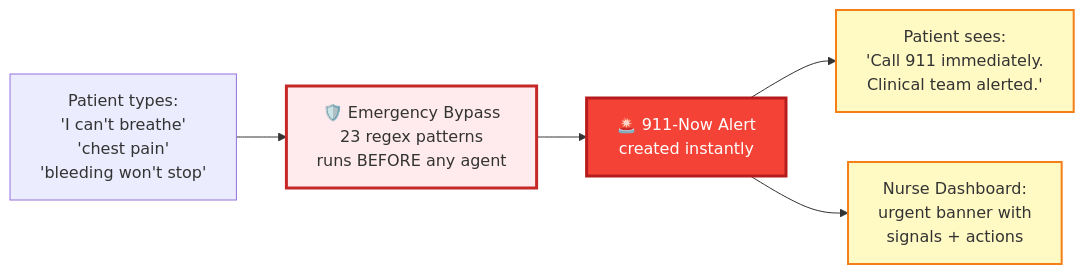
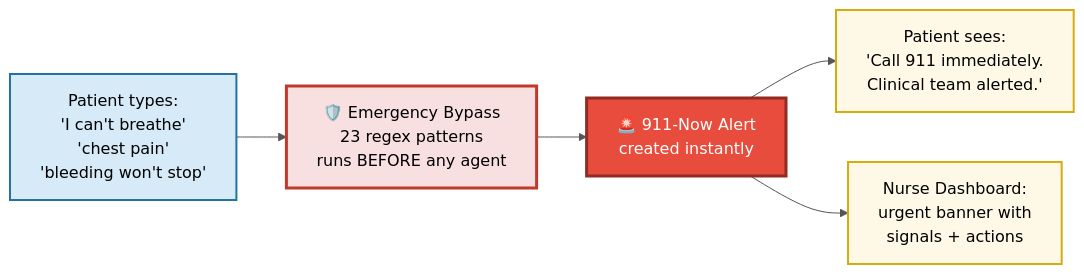
The fourth of 5 diagrams in ROADMAP_PRD.md (ankitasinha015/post-op-triage), drawn with Mermaid before and after one commit. The commit also changed other lines of this file, not shown here.

First line of the commit message:
fix: make all Mermaid diagrams readable on dark backgrounds

````diff
--- a/ROADMAP_PRD.md
+++ b/ROADMAP_PRD.md
@@ -248,17 +294,19 @@
 ```mermaid
+%%{init: {'theme': 'base', 'themeVariables': {'primaryTextColor': '#000000', 'lineColor': '#555555', 'background': '#ffffff', 'mainBkg': '#ffffff', 'edgeLabelBackground': '#ffffff'}}}%%
 flowchart LR
     A["Patient types:\n'I can't breathe'\n'chest pain'\n'bleeding won't stop'"]
     B["🛡️ Emergency Bypass\n23 regex patterns\nruns BEFORE any agent"]
     C["🚨 911-Now Alert\ncreated instantly"]
     D["Patient sees:\n'Call 911 immediately.\nClinical team alerted.'"]
     E["Nurse Dashboard:\nurgent banner with\nsignals + actions"]
 
     A --> B --> C
     C --> D
     C --> E
 
-    style B fill:#ffebee,stroke:#c62828,stroke-width:3px
-    style C fill:#f44336,color:#fff,stroke:#b71c1c,stroke-width:3px
-    style D fill:#fff9c4,stroke:#f57f17,stroke-width:2px
-    style E fill:#fff9c4,stroke:#f57f17,stroke-width:2px
+    style A fill:#d6eaf8,stroke:#2471a3,stroke-width:2px,color:#000
+    style B fill:#f9e0e0,stroke:#c0392b,stroke-width:3px,color:#000
+    style C fill:#e74c3c,stroke:#922b21,stroke-width:3px,color:#ffffff
+    style D fill:#fef9e7,stroke:#d4ac0d,stroke-width:2px,color:#000
+    style E fill:#fef9e7,stroke:#d4ac0d,stroke-width:2px,color:#000
 ```
````
